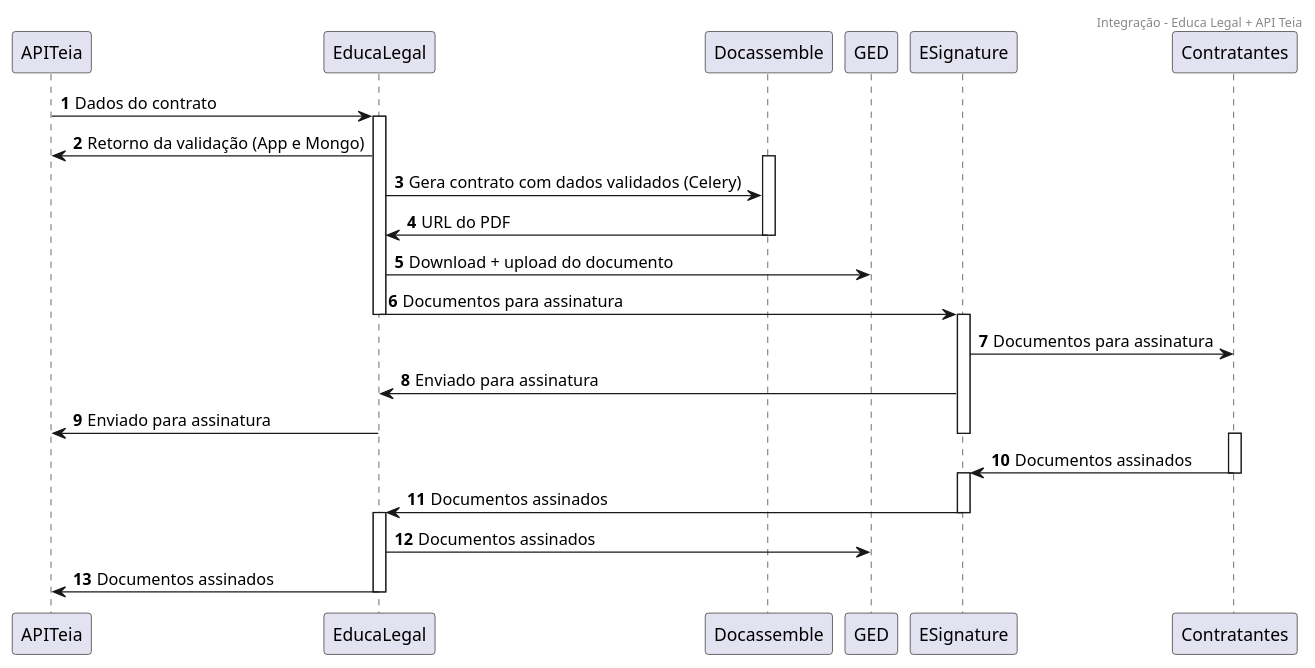
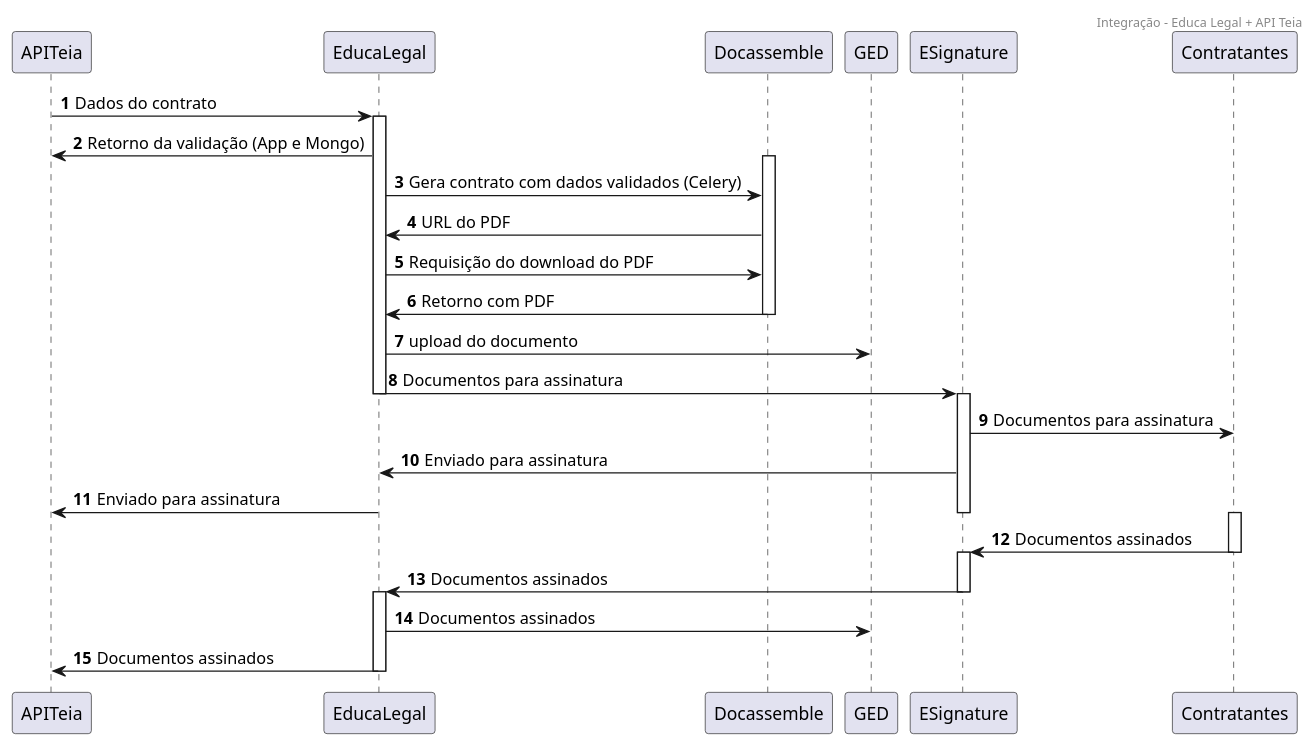
The diagram in fluxos/matriculator.pu (rvnovaes/educalegal), drawn with PlantUML before and after one commit. The commit also changed 3 other files, not shown here.

```diff
--- a/fluxos/matriculator.pu
+++ b/fluxos/matriculator.pu
@@ -1,29 +1,31 @@
 @startuml
 header Integração - Educa Legal + API Teia
 autonumber
 APITeia -> EducaLegal: Dados do contrato
 activate EducaLegal
 EducaLegal -> APITeia: Retorno da validação (App e Mongo)
 activate Docassemble
 EducaLegal -> Docassemble: Gera contrato com dados validados (Celery)
 Docassemble -> EducaLegal: URL do PDF
+EducaLegal -> Docassemble: Requisição do download do PDF
+Docassemble -> EducaLegal: Retorno com PDF
 deactivate Docassemble
-EducaLegal -> GED: Download + upload do documento
+EducaLegal -> GED: upload do documento
 EducaLegal -> ESignature: Documentos para assinatura
 deactivate EducaLegal
 activate ESignature
 ESignature -> Contratantes: Documentos para assinatura
 ESignature -> EducaLegal: Enviado para assinatura
 EducaLegal -> APITeia: Enviado para assinatura
 deactivate ESignature
 activate Contratantes
 Contratantes -> ESignature: Documentos assinados
 deactivate Contratantes
 activate ESignature
 ESignature -> EducaLegal: Documentos assinados
 deactivate ESignature
 activate EducaLegal
 EducaLegal -> GED: Documentos assinados
 EducaLegal -> APITeia: Documentos assinados
 deactivate EducaLegal
 @enduml
```
